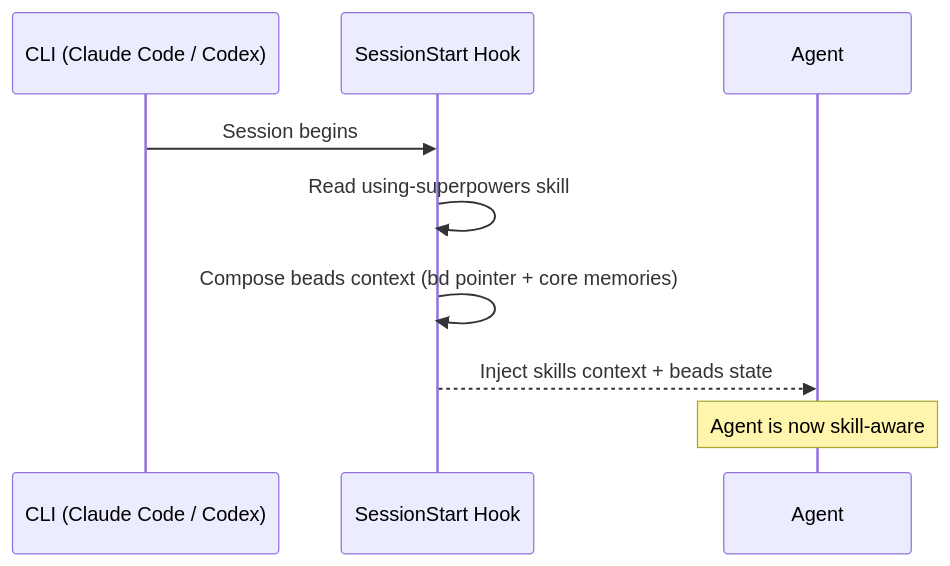
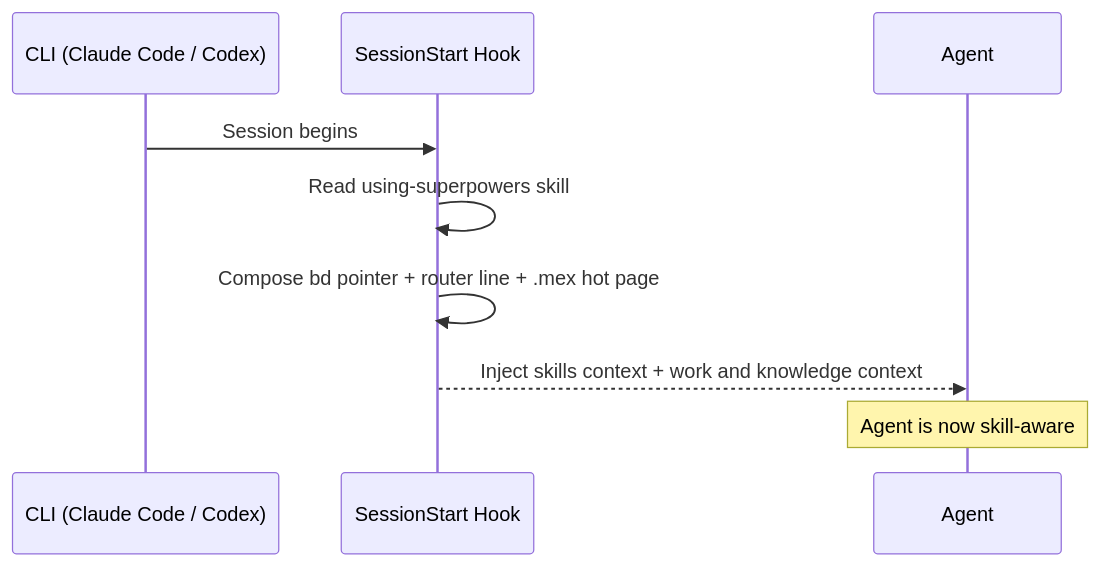
Before and after one commit to strider4560/beads-superpowers: the diagram in docs/en/getting-started.md, drawn with Mermaid. The commit also changed other lines of this file and 21 other files, not shown here.

Commit message:
docs: mex durable-knowledge architecture, en+zh (beads-superpowers-spl)

````diff
--- a/docs/en/getting-started.md
+++ b/docs/en/getting-started.md
@@ -214,12 +222,12 @@
 ```mermaid
 sequenceDiagram
   participant CC as CLI (Claude Code / Codex)
   participant SH as SessionStart Hook
   participant Agent as Agent
 
   CC->>SH: Session begins
   SH->>SH: Read using-superpowers skill
-  SH->>SH: Compose beads context (bd pointer + core memories)
-  SH-->>Agent: Inject skills context + beads state
+  SH->>SH: Compose bd pointer + router line + .mex hot page
+  SH-->>Agent: Inject skills context + work and knowledge context
   Note over Agent: Agent is now skill-aware
 ```
````
